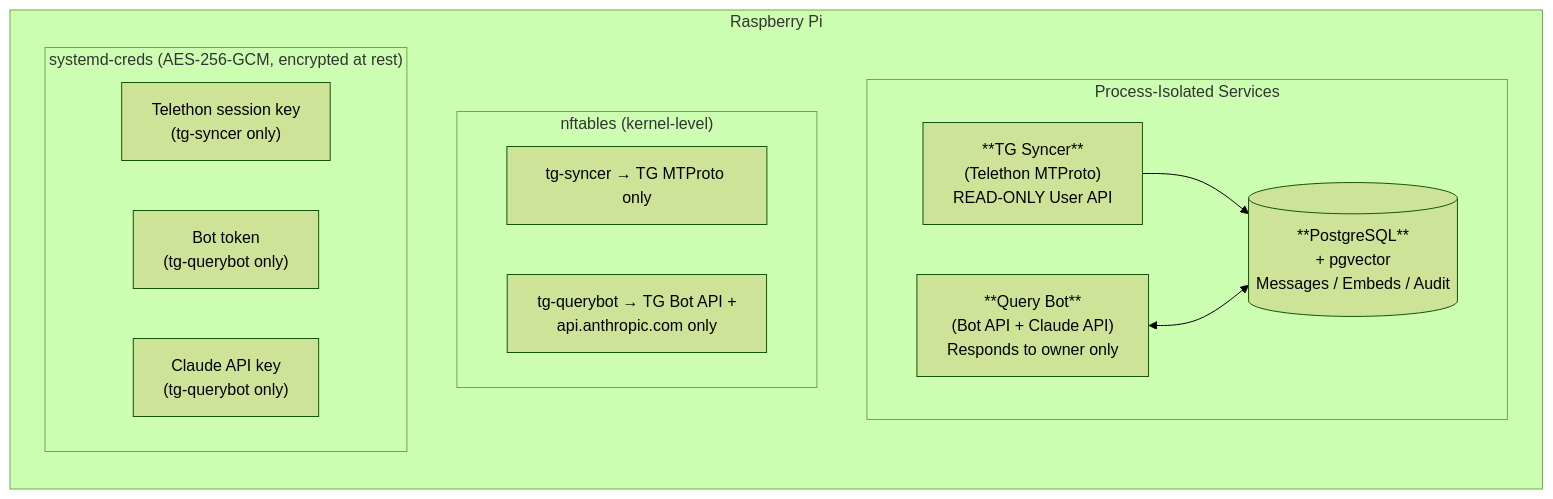
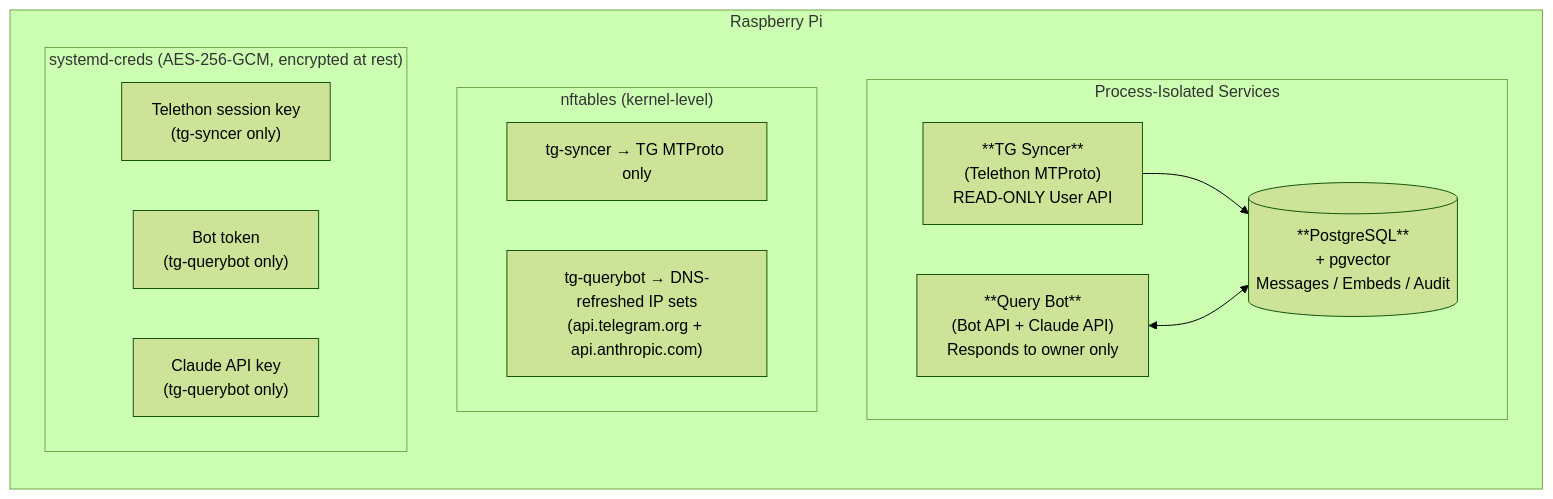
One commit to obheda12/telelocal changed the fourth of 5 diagrams in README.md. Above: the diagram before and after it, drawn with Mermaid (forest theme). The commit also changed other lines of this file and 26 other files, not shown here.

````diff
--- a/README.md
+++ b/README.md
@@ -146,29 +150,29 @@
 ```mermaid
 flowchart TB
     subgraph Pi["Raspberry Pi"]
         direction TB
 
         subgraph Services["Process-Isolated Services"]
             direction LR
             Syncer["**TG Syncer**<br/>(Telethon MTProto)<br/>READ-ONLY User API"]
             QueryBot["**Query Bot**<br/>(Bot API + Claude API)<br/>Responds to owner only"]
             DB[("**PostgreSQL**<br/>+ pgvector<br/>Messages / Embeds / Audit")]
         end
 
         subgraph Firewall["nftables (kernel-level)"]
             direction LR
             FW1["tg-syncer → TG MTProto only"]
-            FW2["tg-querybot → TG Bot API +<br/>api.anthropic.com only"]
+            FW2["tg-querybot → DNS-refreshed IP sets<br/>(api.telegram.org + api.anthropic.com)"]
         end
 
         subgraph Keychain["systemd-creds (AES-256-GCM, encrypted at rest)"]
             direction LR
             K1["Telethon session key<br/>(tg-syncer only)"]
             K2["Bot token<br/>(tg-querybot only)"]
             K3["Claude API key<br/>(tg-querybot only)"]
         end
     end
 
     Syncer --> DB
     QueryBot <--> DB
 ```
````
